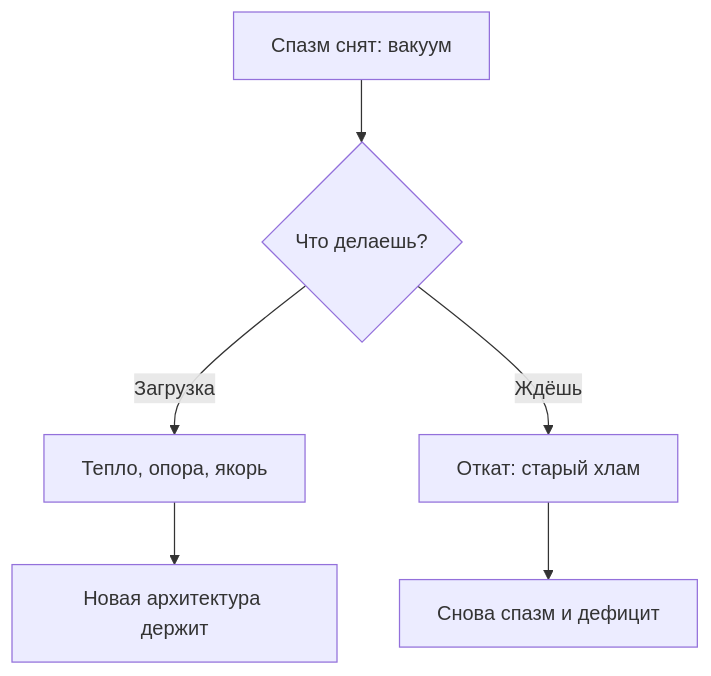
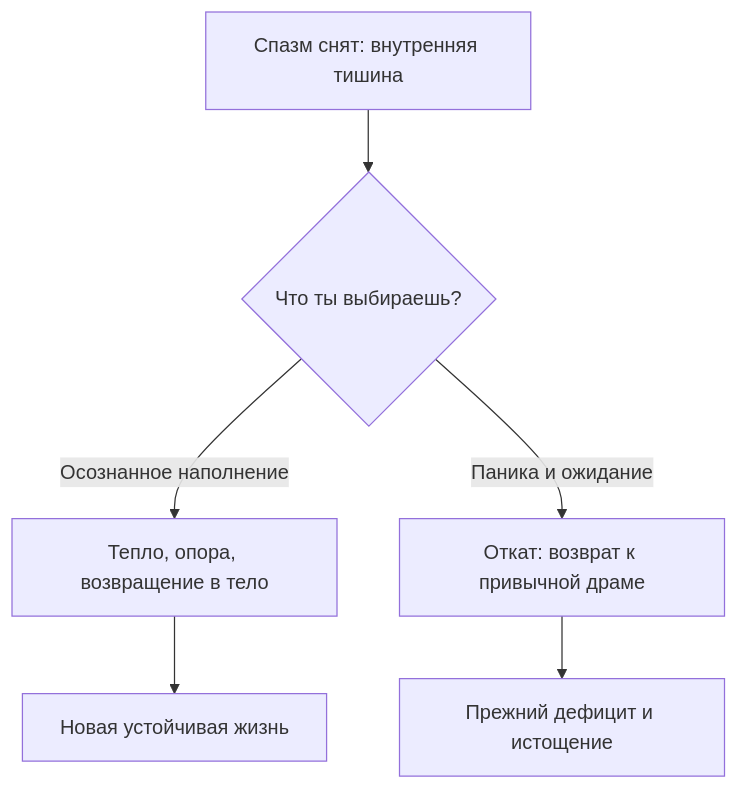
Before and after one commit to GTFB/threebooks: the diagram in root/42-resource-loading/ru.mdx, drawn with Mermaid. The commit also changed other lines of this file and 40 other files, not shown here.

````diff
--- a/root/42-resource-loading/ru.mdx
+++ b/root/42-resource-loading/ru.mdx
@@ -35,8 +33,8 @@
 ```mermaid
 flowchart TB
-  A["Спазм снят: вакуум"] --> B{"Что делаешь?"}
-  B -->|Загрузка| C["Тепло, опора, якорь"]
-  B -->|Ждёшь| D["Откат: старый хлам"]
-  C --> E["Новая архитектура держит"]
-  D --> F["Снова спазм и дефицит"]
+  A["Спазм снят: внутренняя тишина"] --> B{"Что ты выбираешь?"}
+  B -->|Осознанное наполнение| C["Тепло, опора, возвращение в тело"]
+  B -->|Паника и ожидание| D["Откат: возврат к привычной драме"]
+  C --> E["Новая устойчивая жизнь"]
+  D --> F["Прежний дефицит и истощение"]
 ```
````
